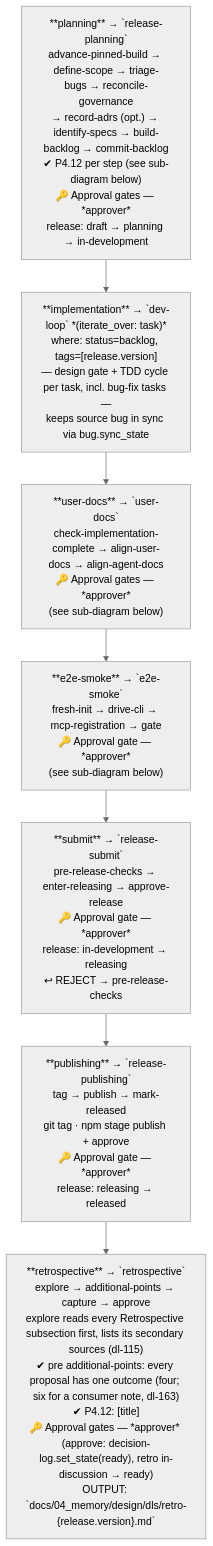
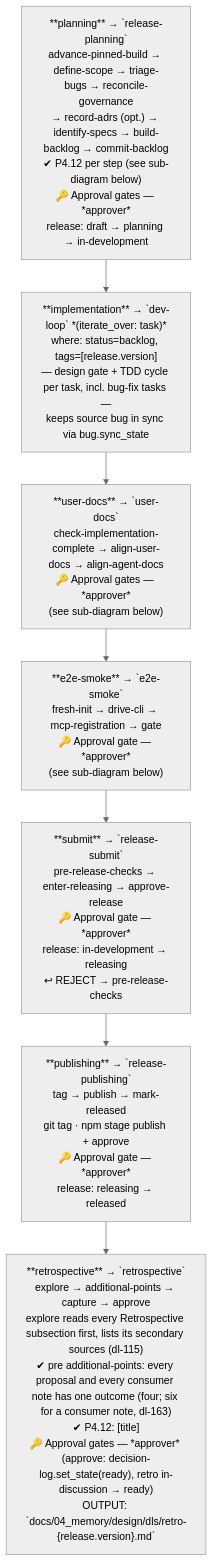
Before and after one commit to wingfoil/wingfoil: the eighth of 24 diagrams in .wingfoil/WORKFLOW.md, drawn with Mermaid (neutral theme). The commit also changed 2 other files, not shown here.

Commit message:
fix(workflow): task-213 — review F2: additional-points' check gives every consumer feedback note an outcome, not only a proposal
A defect note is not a proposal, and dl-163 S3d gives every listed note an
outcome: proposals.disposed now reads "every item that is a proposal, and
every consumer feedback note". Same retrospective.yaml version (1.4, this
branch's bump); WORKFLOW.md's node and the test follow.

AI-Model: claude-opus-5-5

````diff
--- a/.wingfoil/WORKFLOW.md
+++ b/.wingfoil/WORKFLOW.md
@@ -188,18 +188,18 @@
 ```mermaid
 flowchart TD
     RP["**planning** → `release-planning`\nadvance-pinned-build → define-scope → triage-bugs → reconcile-governance\n→ record-adrs (opt.) → identify-specs → build-backlog → commit-backlog\n✔ P4.12 per step (see sub-diagram below)\n🔑 Approval gates — *approver*\nrelease: draft → planning → in-development"]
 
     DL["**implementation** → `dev-loop` *(iterate_over: task)*\nwhere: status=backlog, tags=[release.version]\n— design gate + TDD cycle per task, incl. bug-fix tasks —\nkeeps source bug in sync via bug.sync_state"]
 
     UD["**user-docs** → `user-docs`\ncheck-implementation-complete → align-user-docs → align-agent-docs\n🔑 Approval gates — *approver*\n(see sub-diagram below)"]
 
     ES["**e2e-smoke** → `e2e-smoke`\nfresh-init → drive-cli → mcp-registration → gate\n🔑 Approval gate — *approver*\n(see sub-diagram below)"]
 
     RS["**submit** → `release-submit`\npre-release-checks → enter-releasing → approve-release\n🔑 Approval gate — *approver*\nrelease: in-development → releasing\n↩ REJECT → pre-release-checks"]
 
     RP2["**publishing** → `release-publishing`\ntag → publish → mark-released\ngit tag · npm stage publish + approve\n🔑 Approval gate — *approver*\nrelease: releasing → released"]
 
-    RT["**retrospective** → `retrospective`\nexplore → additional-points → capture → approve\nexplore reads every Retrospective subsection first, lists its secondary sources (dl-115)\n✔ pre additional-points: every proposal has one outcome (four; six for a consumer note, dl-163)\n✔ P4.12: [title]\n🔑 Approval gates — *approver* (approve: decision-log.set_state(ready), retro in-discussion → ready)\nOUTPUT: `docs/04_memory/design/dls/retro-{release.version}.md`"]
+    RT["**retrospective** → `retrospective`\nexplore → additional-points → capture → approve\nexplore reads every Retrospective subsection first, lists its secondary sources (dl-115)\n✔ pre additional-points: every proposal and every consumer note has one outcome (four; six for a consumer note, dl-163)\n✔ P4.12: [title]\n🔑 Approval gates — *approver* (approve: decision-log.set_state(ready), retro in-discussion → ready)\nOUTPUT: `docs/04_memory/design/dls/retro-{release.version}.md`"]
 
     RP --> DL --> UD --> ES --> RS --> RP2 --> RT
 ```
````
